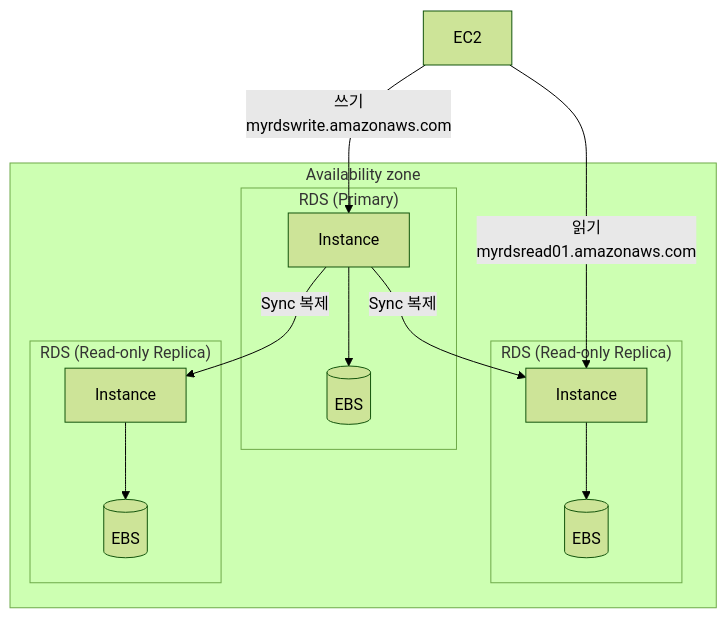
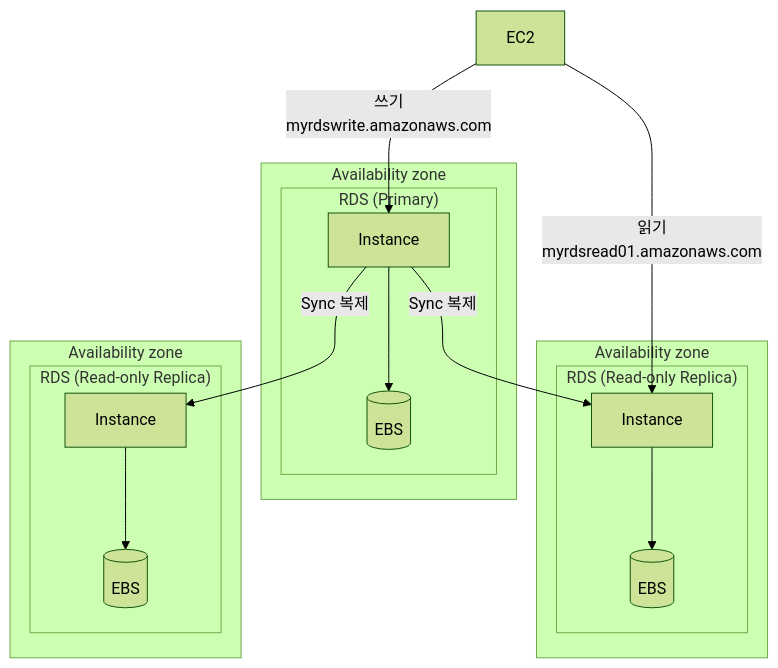
Before and after one commit to Rurien1124/study: the second of 2 diagrams in Infra/AWS/008. AWS_RDS.md, drawn with Mermaid (forest theme). The commit also changed other lines of this file, not shown here.

Commit message:
Fix AWS_RDS.md AZ

````diff
--- a/Infra/AWS/008. AWS_RDS.md
+++ b/Infra/AWS/008. AWS_RDS.md
@@ -89,36 +93,44 @@
     ```mermaid
         flowchart TD
         
         EO[EC2]
         
         EO --> |쓰기<br>myrdswrite.amazonaws.com|E1
         EO --> |읽기<br>myrdsread01.amazonaws.com|E2
     
-        subgraph AZ[Availability zone]
-            R1 & R2 & R3
+        subgraph AZ1[Availability zone]
+            R1
+        end
+    
+        subgraph AZ2[Availability zone]
+            R2
+        end
+    
+        subgraph AZ3[Availability zone]
+            R3
         end
   
         subgraph R1["RDS (Primary)"]
             E1[Instance]
             EBS1[(EBS)]
   
             E1 --> EBS1
         end
   
         subgraph R2["RDS (Read-only Replica)"]
             E2[Instance]
             EBS2[(EBS)]
           
             E2 --> EBS2
         end
     
         subgraph R3["RDS (Read-only Replica)"]
             E3[Instance]
             EBS3[(EBS)]
           
             E3 --> EBS3
         end
       
         E1 --> |Sync 복제|E2
         E1 --> |Sync 복제|E3
     ```
````
